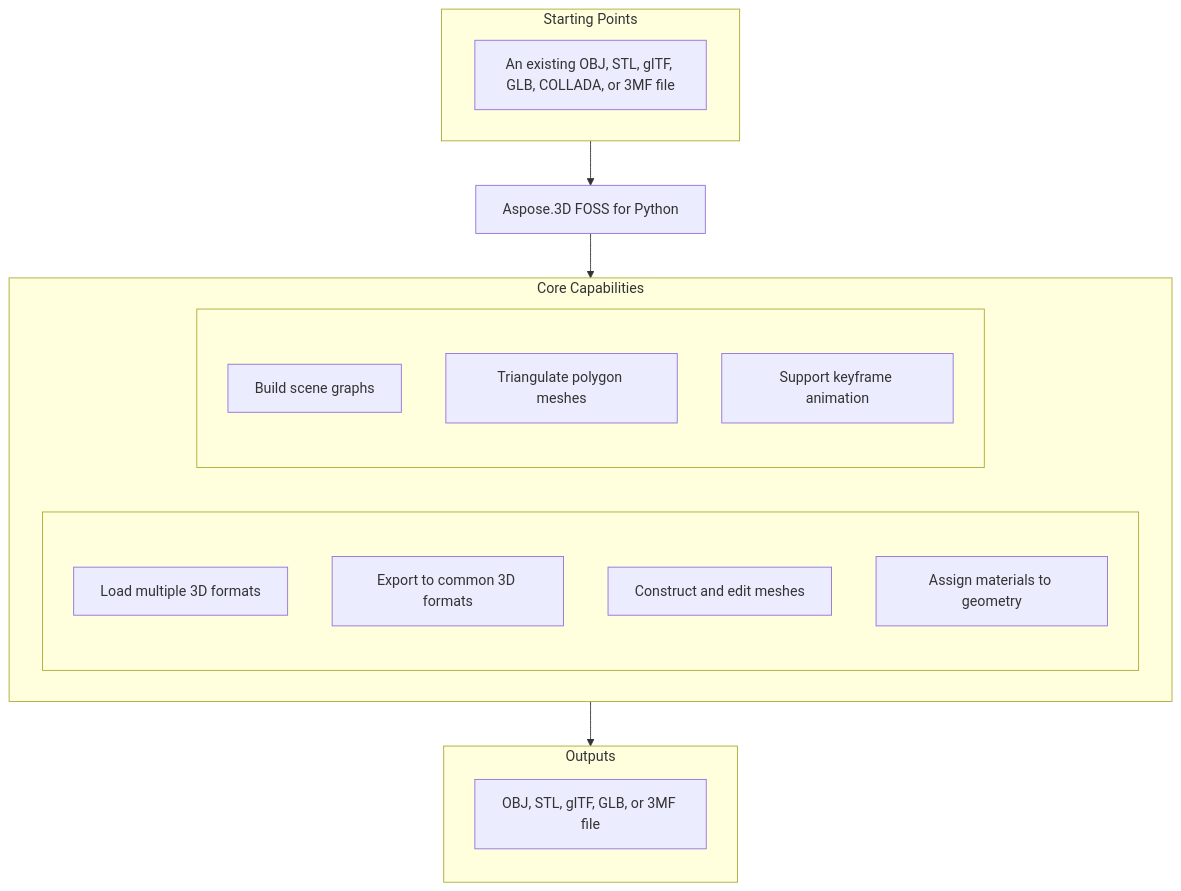
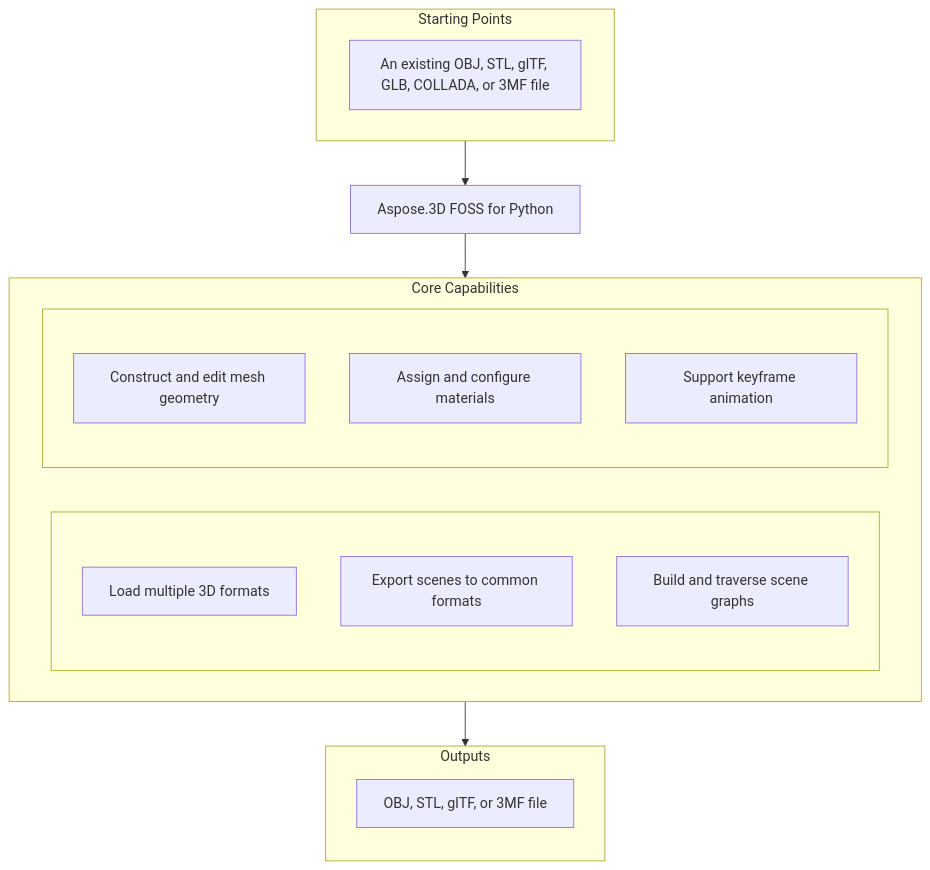
The diagram in candidates/aspose-3d-foss__Aspose.3D-FOSS-for-Python/65b1f577c0f16d0d9112bb6c1153d3024543ac02/README.md (babar-raza/repository-presenter), drawn with Mermaid before and after one commit. The commit also changed other lines of this file and 23 other files, not shown here.

````diff
--- a/candidates/aspose-3d-foss__Aspose.3D-FOSS-for-Python/65b1f577c0f16d0d9112bb6c1153d3024543ac02/README.md
+++ b/candidates/aspose-3d-foss__Aspose.3D-FOSS-for-Python/65b1f577c0f16d0d9112bb6c1153d3024543ac02/README.md
@@ -25,29 +25,28 @@
 ```mermaid
 flowchart TD
   subgraph StartingPoints["Starting Points"]
     direction LR
     i1["An existing OBJ, STL, glTF, GLB, COLLADA, or 3MF file"]
   end
   PRODUCT["Aspose.3D FOSS for Python"]
   subgraph Capabilities["Core Capabilities"]
     direction LR
     subgraph capl[" "]
       direction TB
       c1["Load multiple 3D formats"]
-      c2["Export to common 3D formats"]
-      c3["Construct and edit meshes"]
-      c4["Assign materials to geometry"]
+      c2["Export scenes to common formats"]
+      c3["Build and traverse scene graphs"]
     end
     subgraph capr[" "]
       direction TB
-      c5["Build scene graphs"]
-      c6["Triangulate polygon meshes"]
-      c7["Support keyframe animation"]
+      c4["Construct and edit mesh geometry"]
+      c5["Assign and configure materials"]
+      c6["Support keyframe animation"]
     end
   end
   subgraph Outputs["Outputs"]
     direction TB
-    o1["OBJ, STL, glTF, GLB, or 3MF file"]
+    o1["OBJ, STL, glTF, or 3MF file"]
   end
   StartingPoints --> PRODUCT --> Capabilities --> Outputs
 ```
````
